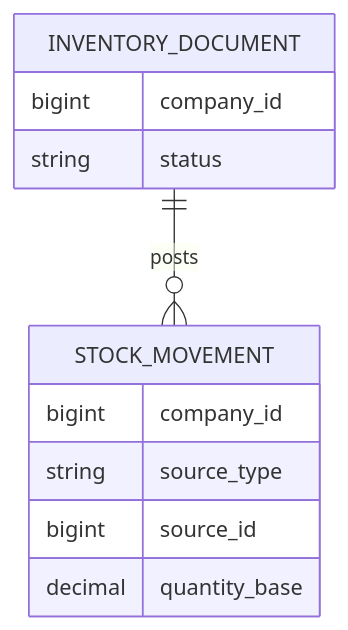
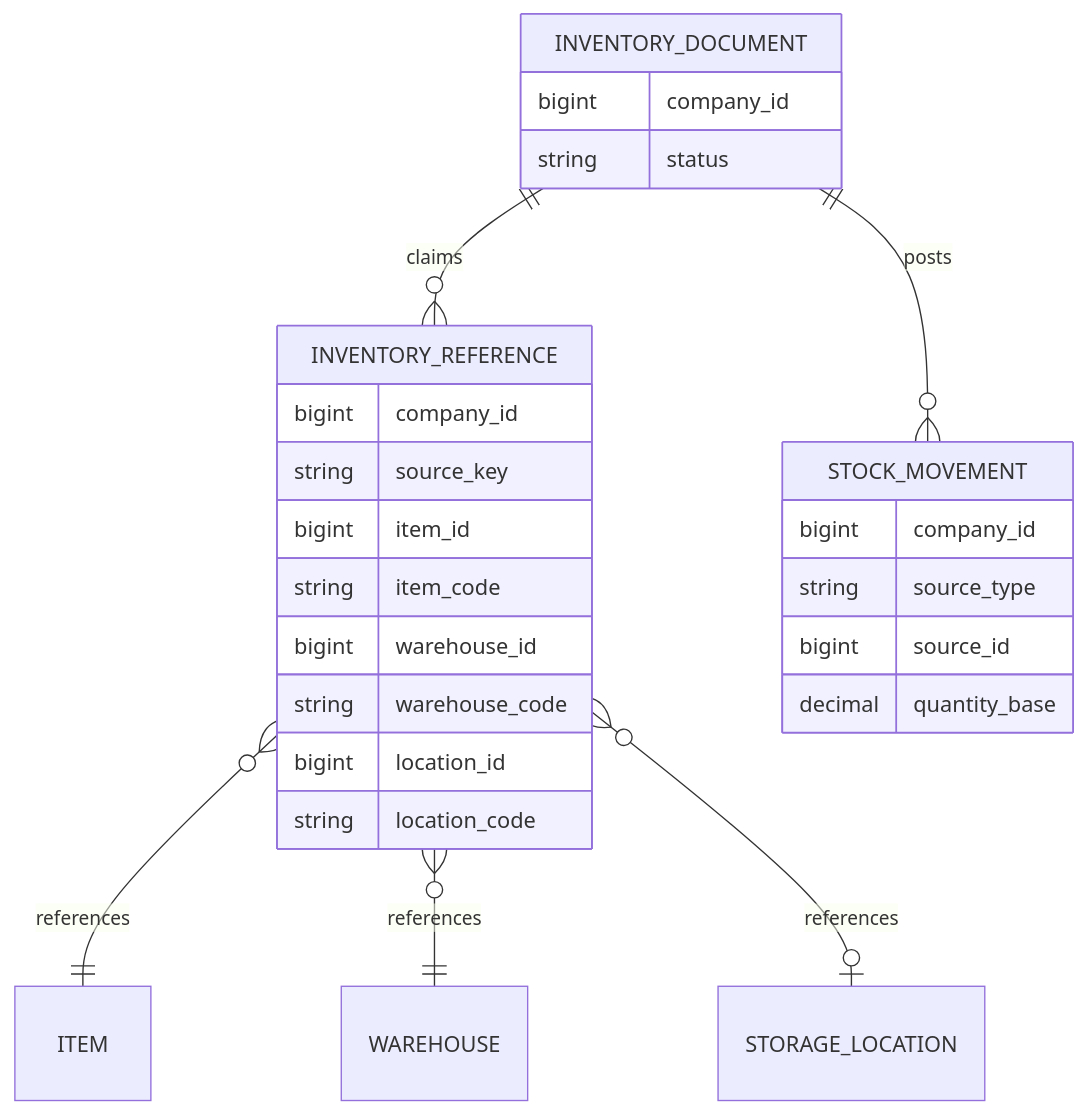
Before and after one commit to snowwhite10/MyERP: the diagram in docs/02-modules/INV/data-structure.md, drawn with Mermaid. The commit also changed other lines of this file and 24 other files, not shown here.

````diff
--- a/docs/02-modules/INV/data-structure.md
+++ b/docs/02-modules/INV/data-structure.md
@@ -5,14 +11,28 @@
 ```mermaid
 erDiagram
+    INVENTORY_REFERENCE {
+        bigint company_id
+        string source_key
+        bigint item_id
+        string item_code
+        bigint warehouse_id
+        string warehouse_code
+        bigint location_id
+        string location_code
+    }
+    INVENTORY_DOCUMENT ||--o{ INVENTORY_REFERENCE : claims
+    INVENTORY_REFERENCE }o--|| ITEM : references
+    INVENTORY_REFERENCE }o--|| WAREHOUSE : references
+    INVENTORY_REFERENCE }o--o| STORAGE_LOCATION : references
     INVENTORY_DOCUMENT ||--o{ STOCK_MOVEMENT : posts
     INVENTORY_DOCUMENT {
         bigint company_id
         string status
     }
     STOCK_MOVEMENT {
         bigint company_id
         string source_type
         bigint source_id
         decimal quantity_base
     }
 ```
````
